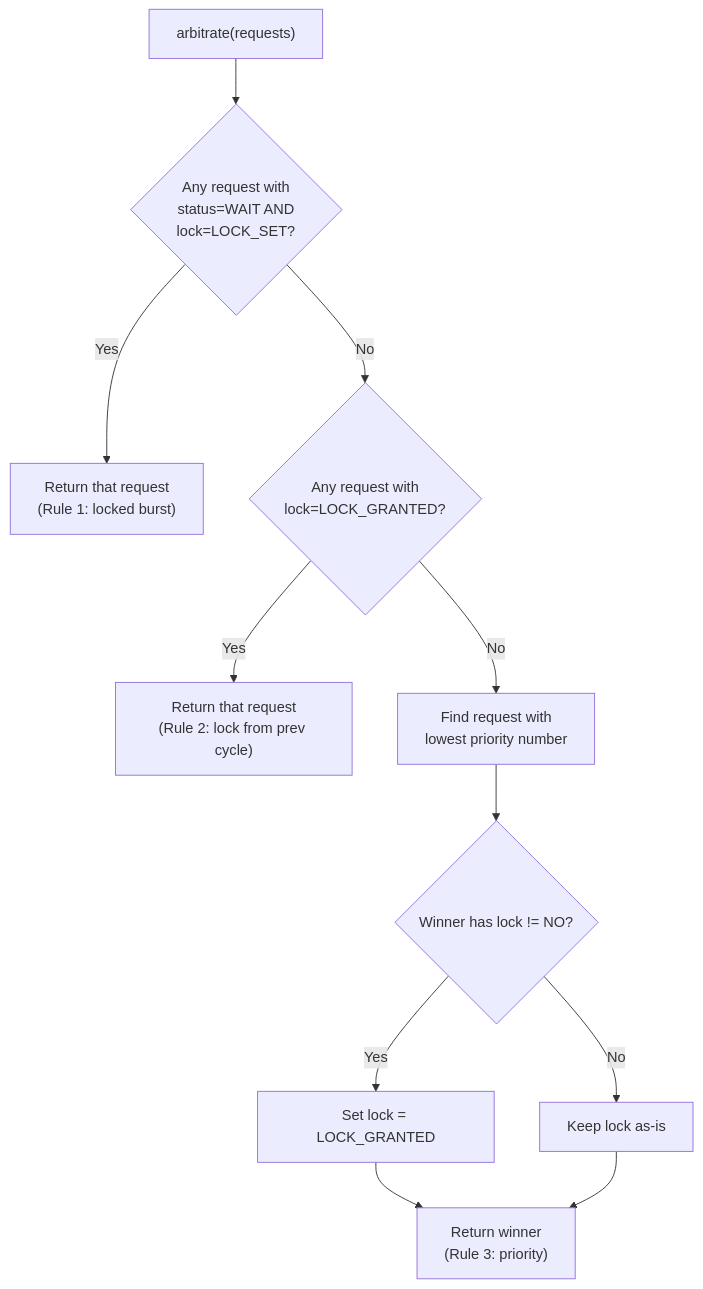
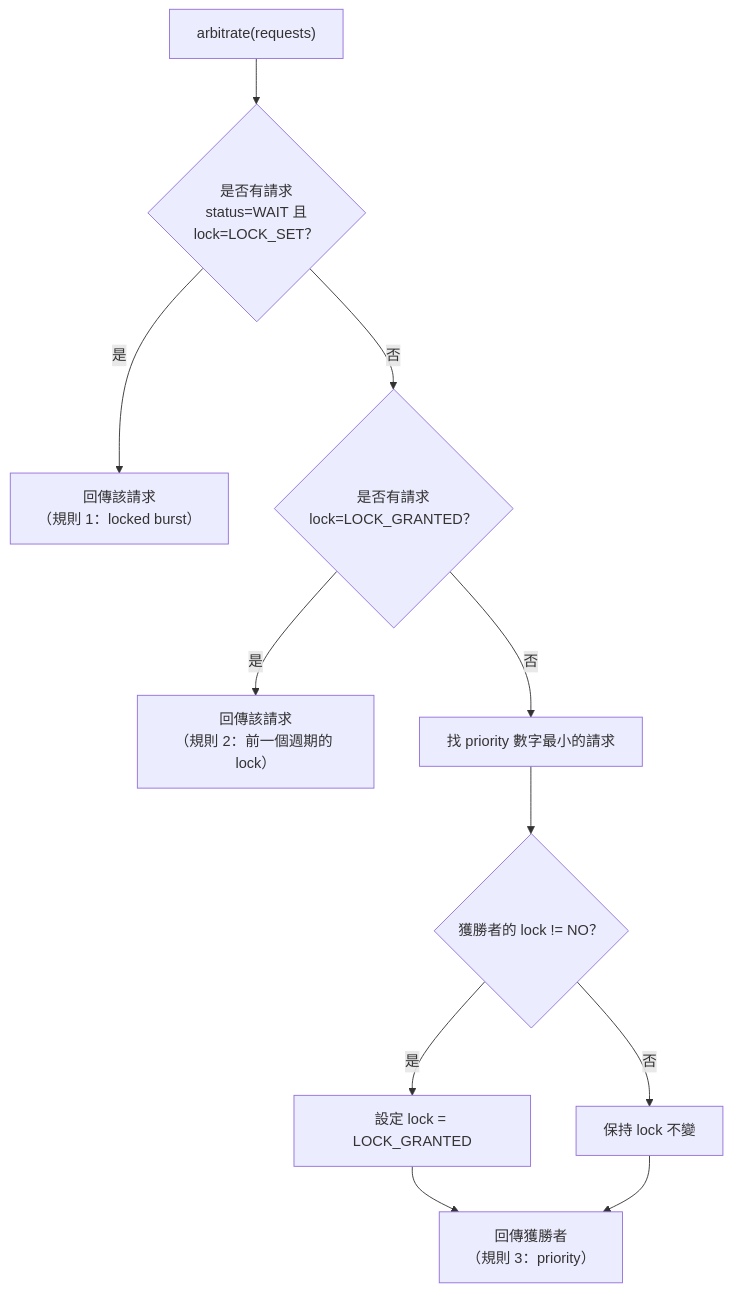
The second of 3 diagrams in doc_v2/examples/code/sysc/simple_bus/arbiter.md (abc1199281lab-cmd/systemc_notes), drawn with Mermaid before and after one commit. The commit also changed other lines of this file and 8 other files, not shown here.

````diff
--- a/doc_v2/examples/code/sysc/simple_bus/arbiter.md
+++ b/doc_v2/examples/code/sysc/simple_bus/arbiter.md
@@ -76,13 +76,13 @@
 ```mermaid
 flowchart TD
-    START["arbitrate(requests)"] --> R1{"Any request with<br/>status=WAIT AND<br/>lock=LOCK_SET?"}
-    R1 -->|Yes| WIN1["Return that request<br/>(Rule 1: locked burst)"]
-    R1 -->|No| R2{"Any request with<br/>lock=LOCK_GRANTED?"}
-    R2 -->|Yes| WIN2["Return that request<br/>(Rule 2: lock from prev cycle)"]
-    R2 -->|No| R3["Find request with<br/>lowest priority number"]
-    R3 --> CHECK{"Winner has lock != NO?"}
-    CHECK -->|Yes| GRANT["Set lock = LOCK_GRANTED"]
-    CHECK -->|No| SKIP["Keep lock as-is"]
-    GRANT --> WIN3["Return winner<br/>(Rule 3: priority)"]
+    START["arbitrate(requests)"] --> R1{"是否有請求<br/>status=WAIT 且<br/>lock=LOCK_SET？"}
+    R1 -->|是| WIN1["回傳該請求<br/>（規則 1：locked burst）"]
+    R1 -->|否| R2{"是否有請求<br/>lock=LOCK_GRANTED？"}
+    R2 -->|是| WIN2["回傳該請求<br/>（規則 2：前一個週期的 lock）"]
+    R2 -->|否| R3["找 priority 數字最小的請求"]
+    R3 --> CHECK{"獲勝者的 lock != NO？"}
+    CHECK -->|是| GRANT["設定 lock = LOCK_GRANTED"]
+    CHECK -->|否| SKIP["保持 lock 不變"]
+    GRANT --> WIN3["回傳獲勝者<br/>（規則 3：priority）"]
     SKIP --> WIN3
 ```
````
